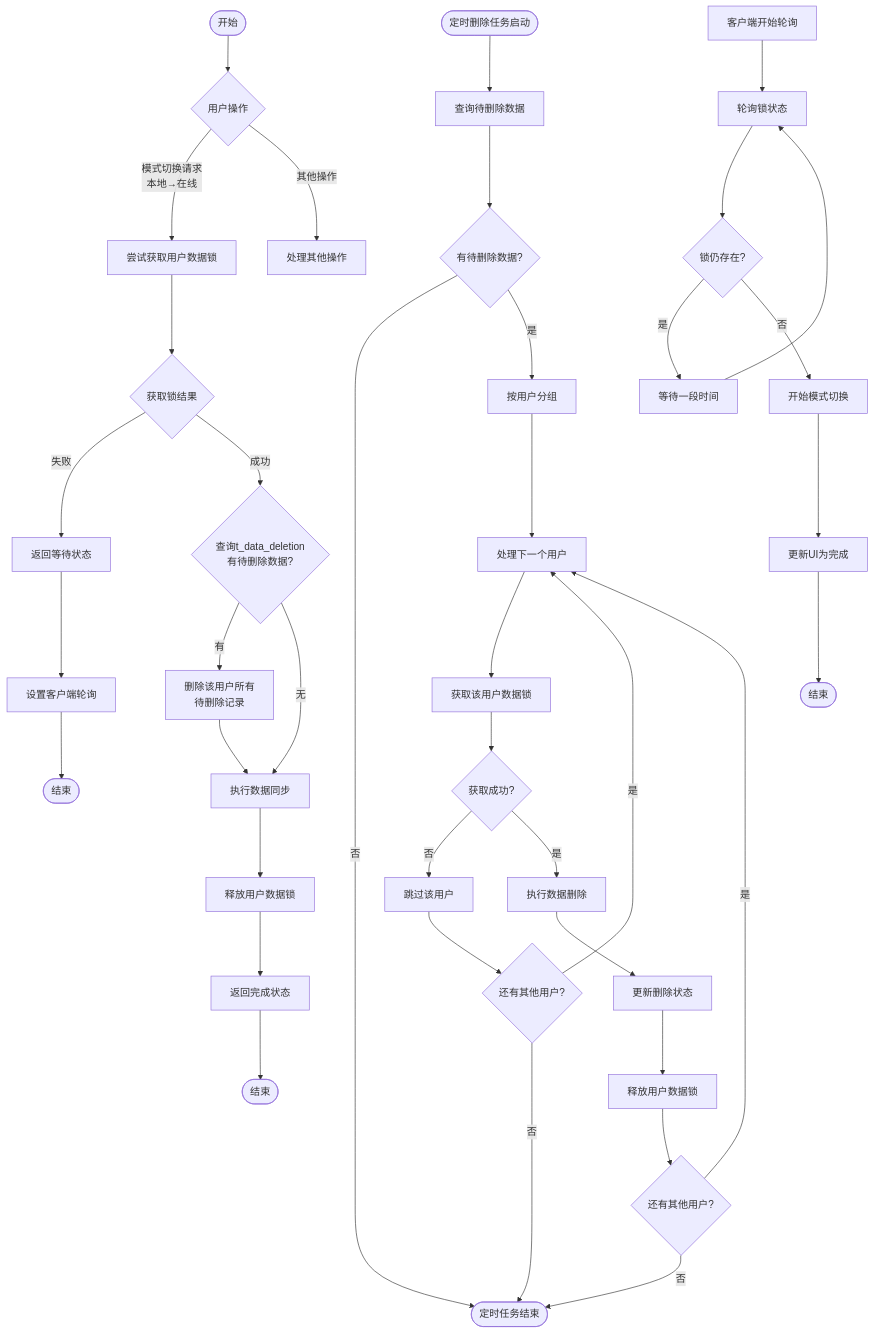
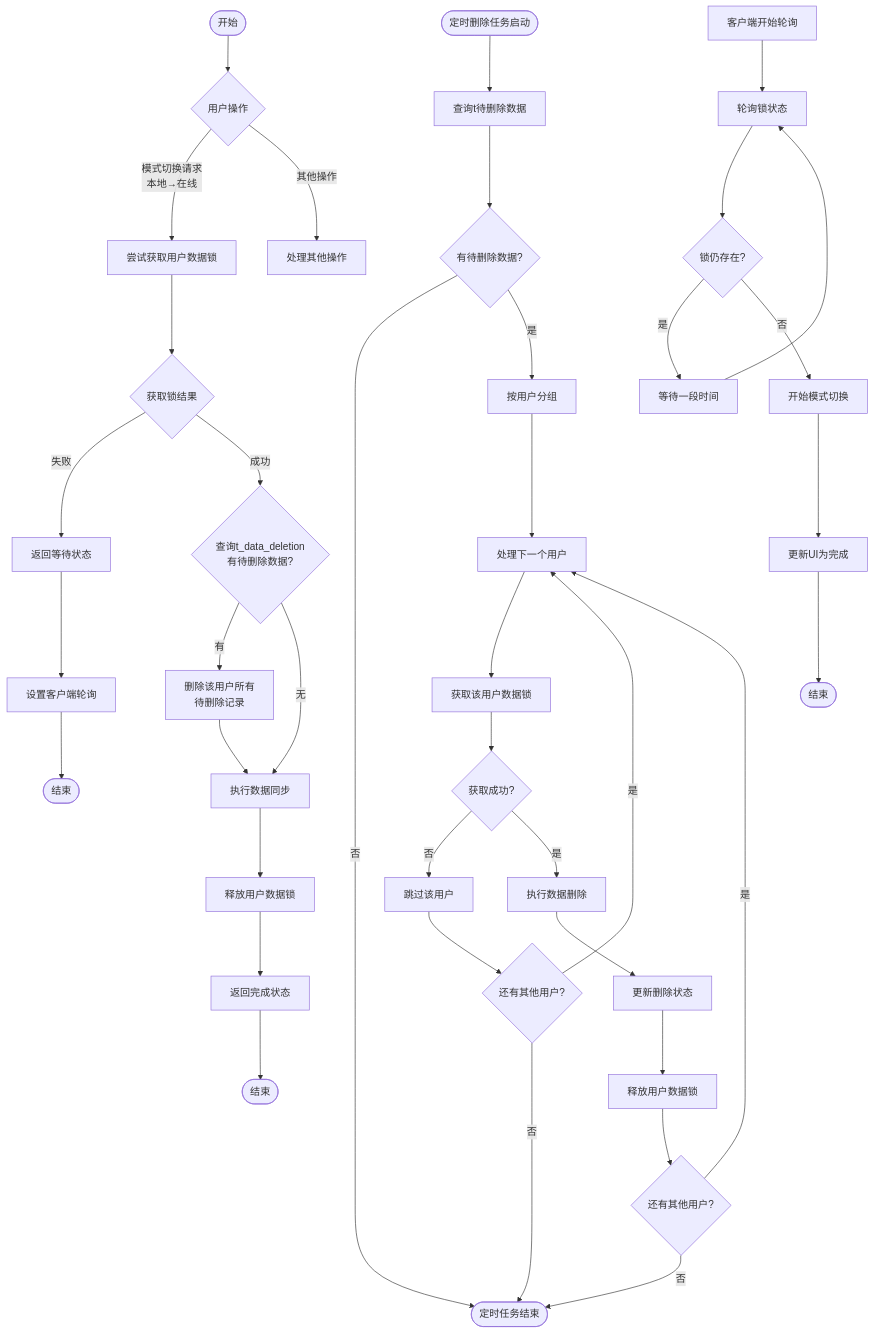
The diagram in all/未命名-57.md (yingjianzh/iodraw-files), drawn with Mermaid before and after one commit.

Commit message:
2025-05-12 11:19:23 update

````diff
--- a/all/未命名-57.md
+++ b/all/未命名-57.md
@@ -1,59 +1,59 @@
 ```mermaid
 flowchart TD
     %% 主要分支
     Start([开始]) --> UserAction{用户操作}
     UserAction -->|模式切换请求\n本地→在线| TryLock[尝试获取用户数据锁]
     UserAction -->|其他操作| OtherOps[处理其他操作]
     
     %% 定时删除任务分支
-    ScheduledTask([定时删除任务启动]) --> QueryDeletions[查询待删除数据]
+    ScheduledTask([定时删除任务启动]) --> QueryDeletions[查询t待删除数据]
     QueryDeletions --> HasTasks{有待删除数据?}
     HasTasks -->|否| TaskEnd([定时任务结束])
     HasTasks -->|是| GroupByUser[按用户分组]
     
     %% 处理用户数据删除
     GroupByUser --> ProcessNextUser[处理下一个用户]
     ProcessNextUser --> AcquireLock[获取该用户数据锁]
     AcquireLock --> LockSuccess{获取成功?}
     
     LockSuccess -->|否| SkipUser[跳过该用户]
     SkipUser --> MoreUsers1{还有其他用户?}
     MoreUsers1 -->|是| ProcessNextUser
     MoreUsers1 -->|否| TaskEnd
     
     LockSuccess -->|是| DeleteData[执行数据删除]
     DeleteData --> UpdateStatus[更新删除状态]
     UpdateStatus --> ReleaseLock[释放用户数据锁]
     ReleaseLock --> MoreUsers2{还有其他用户?}
     MoreUsers2 -->|是| ProcessNextUser
     MoreUsers2 -->|否| TaskEnd
     
     %% 模式切换流程
     TryLock --> LockResult{获取锁结果}
     
     LockResult -->|失败| ReturnWaiting[返回等待状态]
     ReturnWaiting --> SetupPolling[设置客户端轮询]
     SetupPolling --> End1([结束])
     
     LockResult -->|成功| CheckPendingDeletion{查询t_data_deletion\n有待删除数据?}
     
     CheckPendingDeletion -->|有| RemoveDeletionRecords[删除该用户所有\n待删除记录]
     RemoveDeletionRecords --> PerformSync[执行数据同步]
     
     CheckPendingDeletion -->|无| PerformSync
     
     PerformSync --> ReleaseSwitchLock[释放用户数据锁]
     ReleaseSwitchLock --> ReturnComplete[返回完成状态]
     ReturnComplete --> End2([结束])
     
     %% 客户端轮询
     ClientPolling[客户端开始轮询] --> PollLockStatus[轮询锁状态]
     PollLockStatus --> StillLocked{锁仍存在?}
     
     StillLocked -->|是| WaitInterval[等待一段时间]
     WaitInterval --> PollLockStatus
     
     StillLocked -->|否| StartSwitch[开始模式切换]
     StartSwitch --> CompleteUI[更新UI为完成]
     CompleteUI --> End3([结束])
 ```
````
